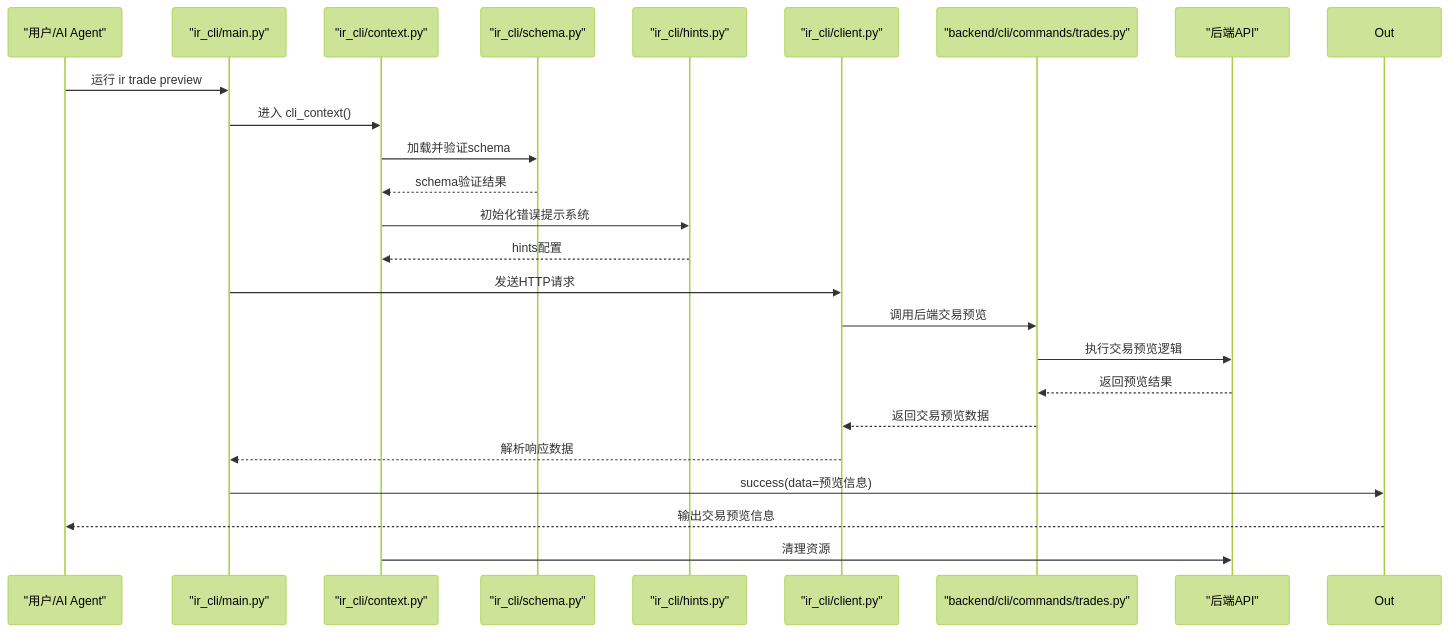
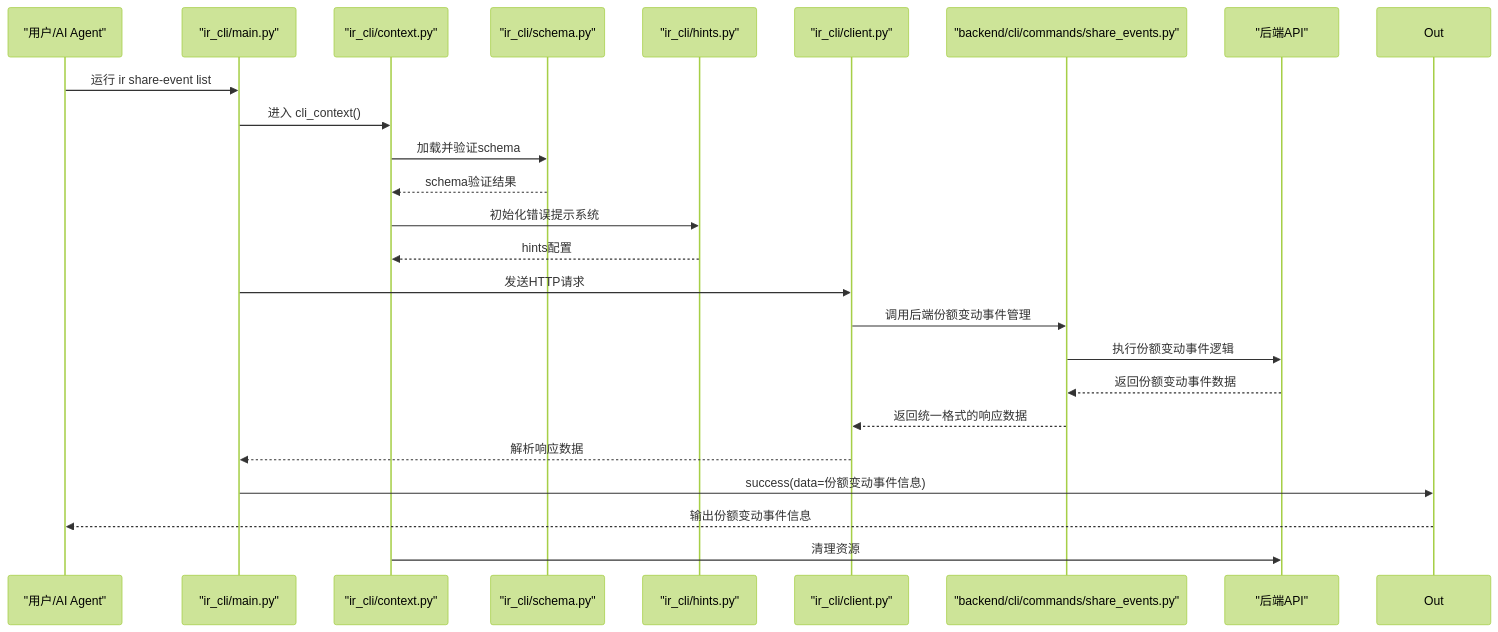
The second of 4 diagrams in .qoder/repowiki/zh/content/开发指南/InvestRing Admin CLI 工具.md (gujialind/InvestRing), drawn with Mermaid (forest theme) before and after one commit. The commit also changed other lines of this file and 28 other files, not shown here.

````diff
--- a/.qoder/repowiki/zh/content/开发指南/InvestRing Admin CLI 工具.md
+++ b/.qoder/repowiki/zh/content/开发指南/InvestRing Admin CLI 工具.md
@@ -135,26 +136,26 @@
 ```mermaid
 sequenceDiagram
 participant User as "用户/AI Agent"
 participant CLI as "ir_cli/main.py"
 participant Ctx as "ir_cli/context.py"
 participant Sch as "ir_cli/schema.py"
 participant Hnt as "ir_cli/hints.py"
 participant Cli as "ir_cli/client.py"
-participant BackendCLI as "backend/cli/commands/trades.py"
+participant BackendCLI as "backend/cli/commands/share_events.py"
 participant API as "后端API"
-User->>CLI : 运行 ir trade preview
+User->>CLI : 运行 ir share-event list
 CLI->>Ctx : 进入 cli_context()
 Ctx->>Sch : 加载并验证schema
 Sch-->>Ctx : schema验证结果
 Ctx->>Hnt : 初始化错误提示系统
 Hnt-->>Ctx : hints配置
 CLI->>Cli : 发送HTTP请求
-Cli->>BackendCLI : 调用后端交易预览
-BackendCLI->>API : 执行交易预览逻辑
-API-->>BackendCLI : 返回预览结果
-BackendCLI-->>Cli : 返回交易预览数据
+Cli->>BackendCLI : 调用后端份额变动事件管理
+BackendCLI->>API : 执行份额变动事件逻辑
+API-->>BackendCLI : 返回份额变动事件数据
+BackendCLI-->>Cli : 返回统一格式的响应数据
 Cli-->>CLI : 解析响应数据
-CLI->>Out : success(data=预览信息)
-Out-->>User : 输出交易预览信息
+CLI->>Out : success(data=份额变动事件信息)
+Out-->>User : 输出份额变动事件信息
 Ctx->>API : 清理资源
 ```
````
